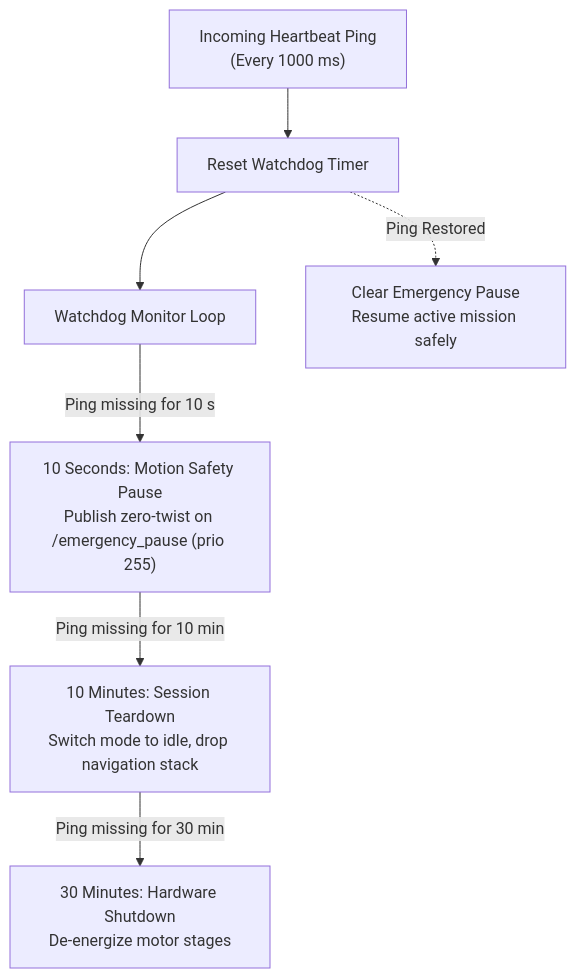
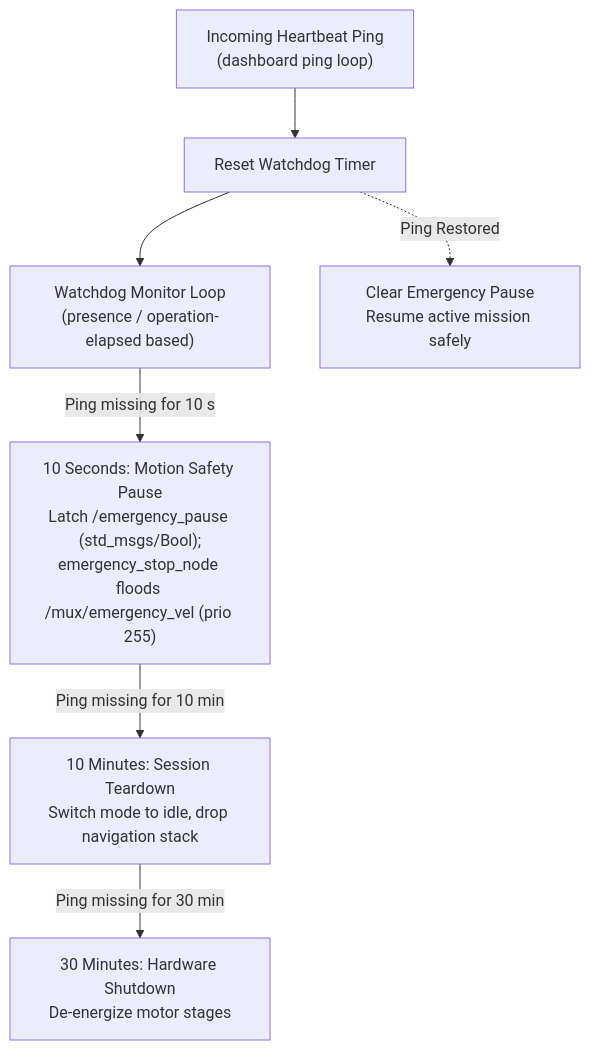
One commit to itbdelaboprogramming/msd700_documentation changed the diagram in docs/development/ros/safety-watchdog.md. Above: the diagram before and after it, drawn with Mermaid. The commit also changed other lines of this file and 110 other files, not shown here.

````diff
--- a/docs/development/ros/safety-watchdog.md
+++ b/docs/development/ros/safety-watchdog.md
@@ -12,11 +12,11 @@
 ```mermaid
 flowchart TB
-  PING["Incoming Heartbeat Ping<br/>(Every 1000 ms)"] --> RESET["Reset Watchdog Timer"]
-  RESET --> MONITOR["Watchdog Monitor Loop"]
+  PING["Incoming Heartbeat Ping<br/>(dashboard ping loop)"] --> RESET["Reset Watchdog Timer"]
+  RESET --> MONITOR["Watchdog Monitor Loop<br/>(presence / operation-elapsed based)"]
 
-  MONITOR -->|Ping missing for 10 s| PAUSE["10 Seconds: Motion Safety Pause<br/>Publish zero-twist on /emergency_pause (prio 255)"]
+  MONITOR -->|Ping missing for 10 s| PAUSE["10 Seconds: Motion Safety Pause<br/>Latch /emergency_pause (std_msgs/Bool);<br/>emergency_stop_node floods /mux/emergency_vel (prio 255)"]
   PAUSE -->|Ping missing for 10 min| TEARDOWN["10 Minutes: Session Teardown<br/>Switch mode to idle, drop navigation stack"]
   TEARDOWN -->|Ping missing for 30 min| SHUTDOWN["30 Minutes: Hardware Shutdown<br/>De-energize motor stages"]
 
   RESET -.->|Ping Restored| UNPAUSE["Clear Emergency Pause<br/>Resume active mission safely"]
 ```
````
